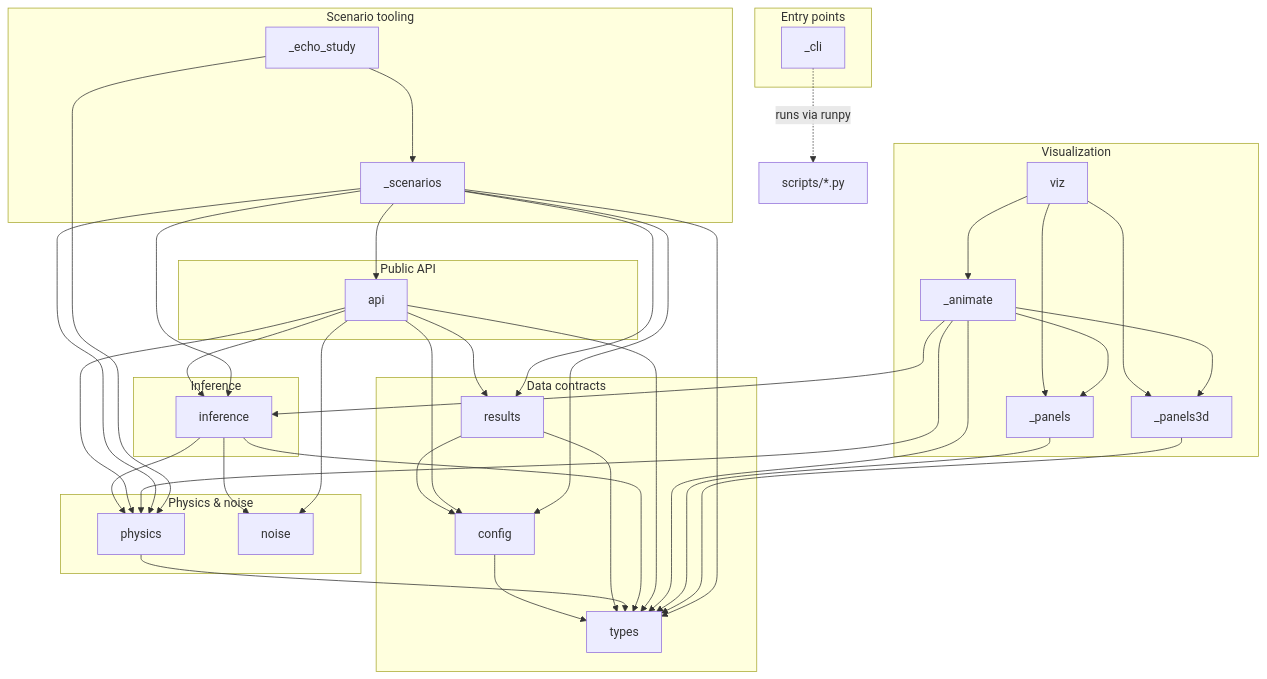
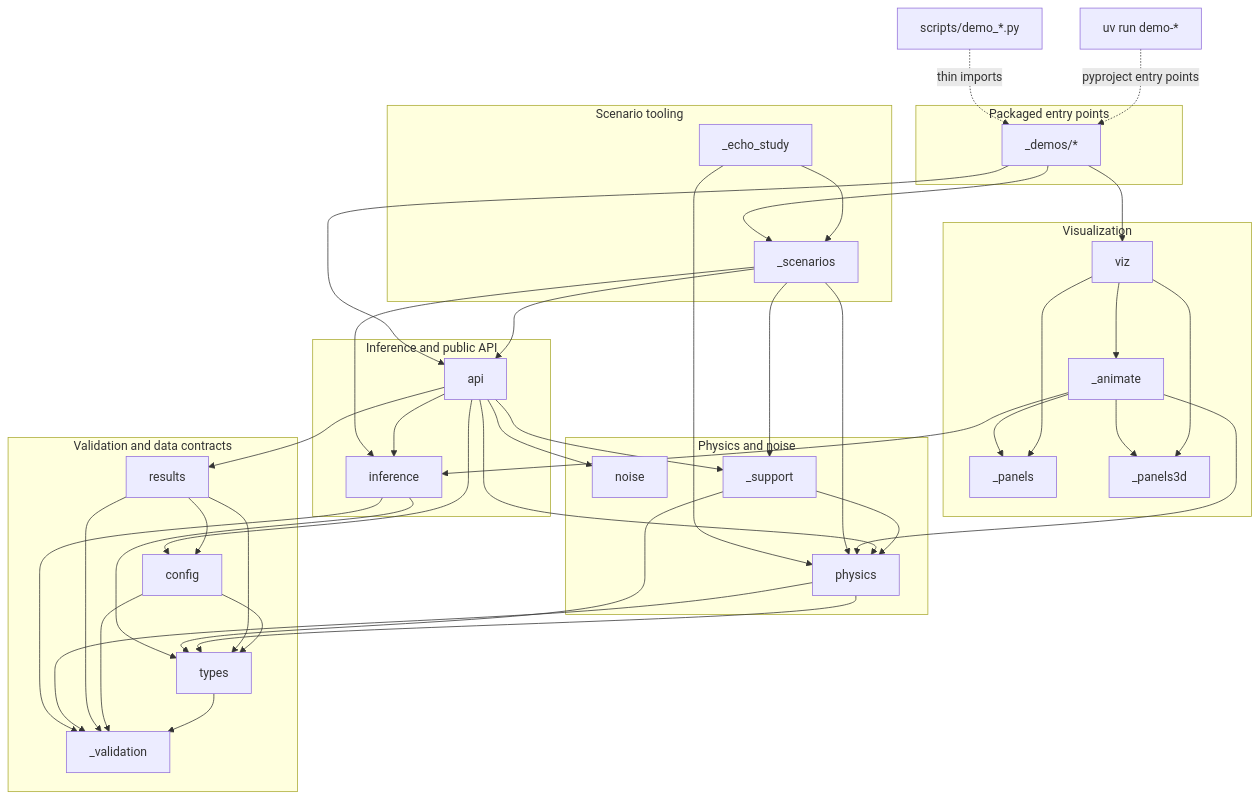
One commit to jbwhit/clocks changed the diagram in site/reproduce/architecture.qmd. Above: the diagram before and after it, drawn with Mermaid. The commit also changed other lines of this file and 16 other files, not shown here.

````diff
--- a/site/reproduce/architecture.qmd
+++ b/site/reproduce/architecture.qmd
@@ -11,65 +10,70 @@
 ```{mermaid}
 flowchart TB
-    subgraph contracts["Data contracts"]
+    subgraph contracts["Validation and data contracts"]
+        validation["_validation"]
         types
         config
         results
     end
-    subgraph physnoise["Physics & noise"]
+    subgraph physnoise["Physics and noise"]
         physics
         noise
+        support["_support"]
     end
-    subgraph infer_c["Inference"]
+    subgraph core["Inference and public API"]
         inference
-    end
-    subgraph public["Public API"]
         api
     end
     subgraph vis["Visualization"]
         viz
         animate["_animate"]
         panels["_panels"]
         panels3d["_panels3d"]
     end
-    subgraph scen["Scenario tooling"]
-        scenarios["_scenarios"]
+    subgraph scenarios["Scenario tooling"]
+        scenario["_scenarios"]
         echo["_echo_study"]
     end
-    subgraph entry["Entry points"]
-        cli["_cli"]
+    subgraph entry["Packaged entry points"]
+        demos["_demos/*"]
     end
-    scripts_node["scripts/*.py"]
+    console["uv run demo-*"]
+    wrappers["scripts/demo_*.py"]
 
+    types --> validation
+    config --> validation
     config --> types
+    results --> validation
     results --> config
     results --> types
+    physics --> validation
     physics --> types
-    inference --> noise
-    inference --> physics
+    support --> physics
+    support --> types
+    inference --> validation
     inference --> types
+    api --> support
     api --> config
     api --> inference
     api --> noise
     api --> physics
     api --> results
-    api --> types
     viz --> animate
     viz --> panels
     viz --> panels3d
+    animate --> inference
+    animate --> physics
     animate --> panels
     animate --> panels3d
-    animate --> inference
-    animate --> physics
-    animate --> types
-    panels --> types
-    panels3d --> types
-    scenarios --> api
-    scenarios --> config
-    scenarios --> inference
-    scenarios --> physics
-    scenarios --> results
-    scenarios --> types
-    echo --> scenarios
+    scenario --> support
+    scenario --> api
+    scenario --> inference
+    scenario --> physics
+    echo --> scenario
     echo --> physics
-    cli -. "runs via runpy" .-> scripts_node
+    demos --> api
+    demos --> scenario
+    demos --> viz
+    console -. "pyproject entry points" .-> demos
+    wrappers -. "thin imports" .-> demos
 ```
````
